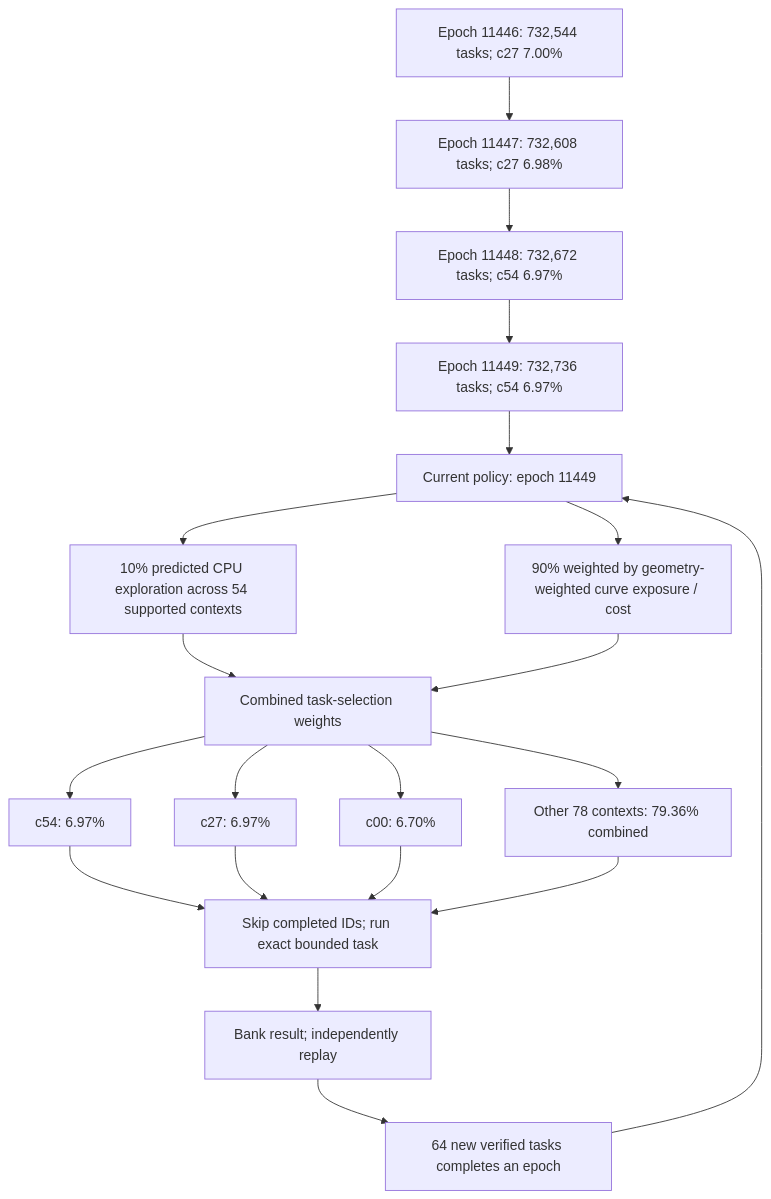
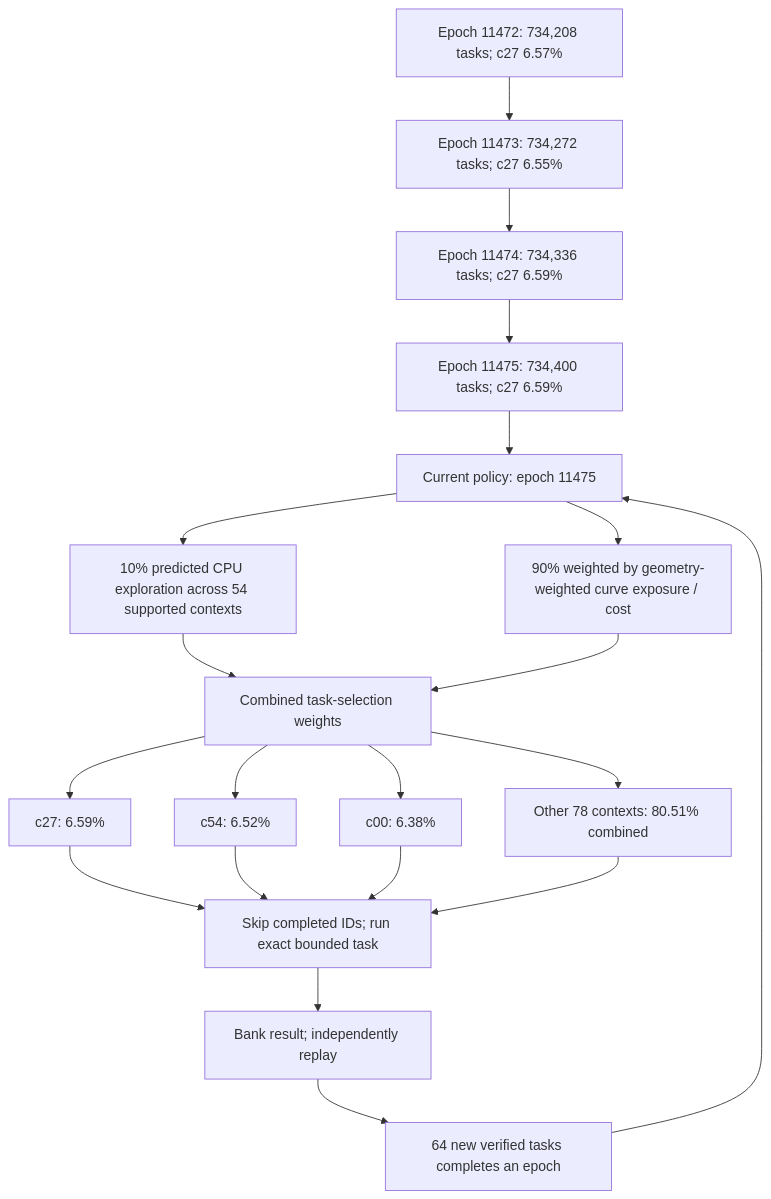
One commit to Kuberwastaken/math-gambling changed the first of 4 diagrams in README.md. Above: the diagram before and after it, drawn with Mermaid. The commit also changed other lines of this file and 3353 other files, not shown here.

````diff
--- a/README.md
+++ b/README.md
@@ -60,27 +60,27 @@
 ```mermaid
 flowchart TD
-    H0["Epoch 11446: 732,544 tasks; c27 7.00%"]
-    H1["Epoch 11447: 732,608 tasks; c27 6.98%"]
+    H0["Epoch 11472: 734,208 tasks; c27 6.57%"]
+    H1["Epoch 11473: 734,272 tasks; c27 6.55%"]
     H0 --> H1
-    H2["Epoch 11448: 732,672 tasks; c54 6.97%"]
+    H2["Epoch 11474: 734,336 tasks; c27 6.59%"]
     H1 --> H2
-    H3["Epoch 11449: 732,736 tasks; c54 6.97%"]
+    H3["Epoch 11475: 734,400 tasks; c27 6.59%"]
     H2 --> H3
-    Policy["Current policy: epoch 11449"]
+    Policy["Current policy: epoch 11475"]
     H3 --> Policy
     Policy --> Explore["10% predicted CPU exploration across 54 supported contexts"]
     Policy --> Cost["90% weighted by geometry-weighted curve exposure / cost"]
     Explore --> Mix["Combined task-selection weights"]
     Cost --> Mix
-    Mix --> C0["c54: 6.97%"]
-    Mix --> C1["c27: 6.97%"]
-    Mix --> C2["c00: 6.70%"]
-    Mix --> Rest["Other 78 contexts: 79.36% combined"]
+    Mix --> C0["c27: 6.59%"]
+    Mix --> C1["c54: 6.52%"]
+    Mix --> C2["c00: 6.38%"]
+    Mix --> Rest["Other 78 contexts: 80.51% combined"]
     C0 --> Check["Skip completed IDs; run exact bounded task"]
     C1 --> Check
     C2 --> Check
     Rest --> Check
     Check --> Replay["Bank result; independently replay"]
     Replay --> Gate["64 new verified tasks completes an epoch"]
     Gate --> Policy
 ```
````
